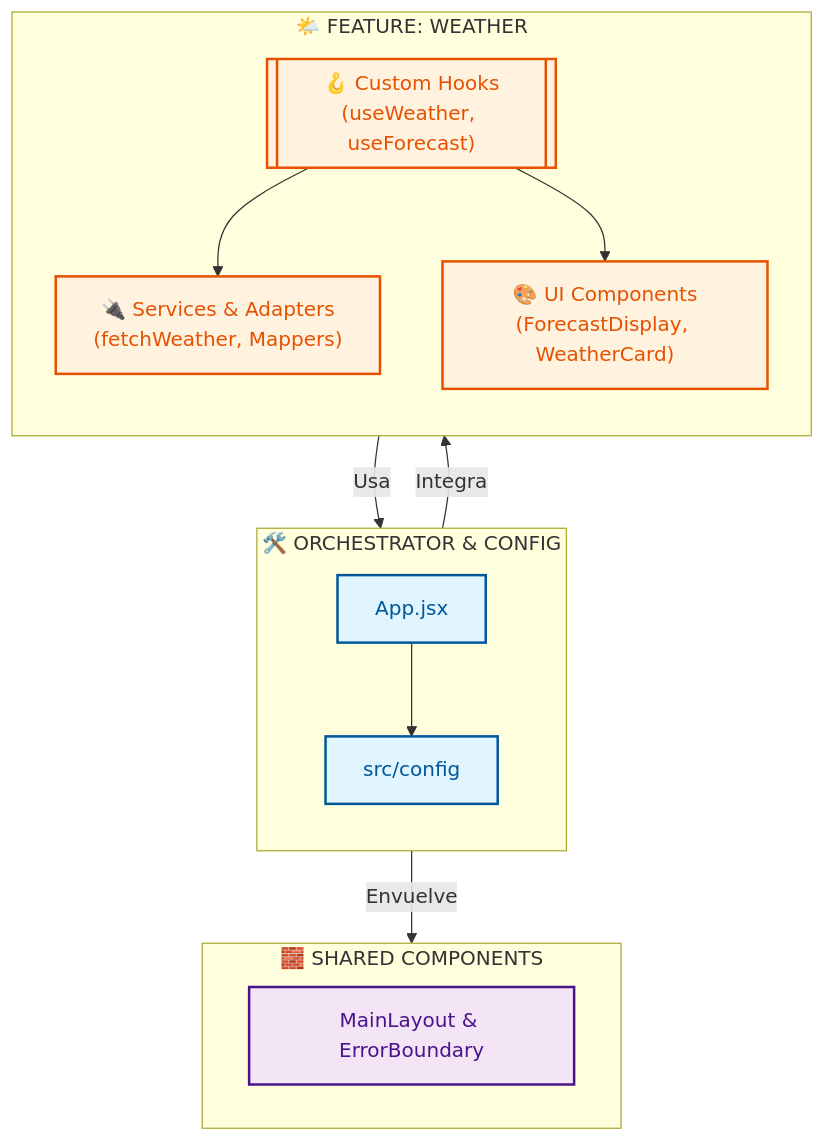
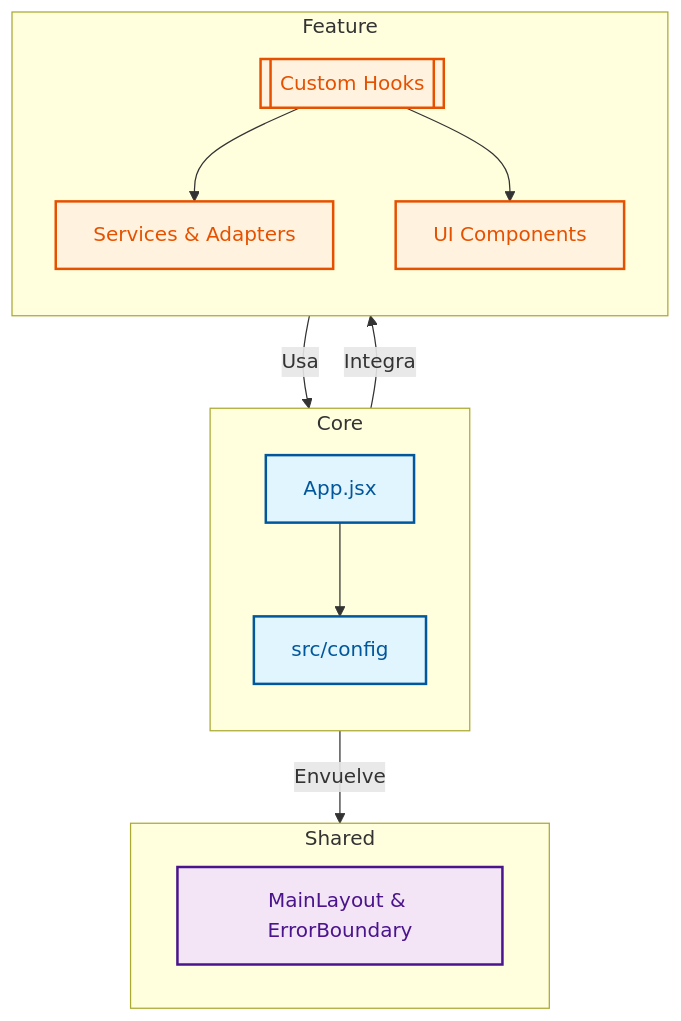
Before and after one commit to Slinkter/myprojectapi08: the second of 4 diagrams in src/docs/DOCUMENTACION_SOFTWARE.md, drawn with Mermaid. The commit also changed other lines of this file, not shown here.

````diff
--- a/src/docs/DOCUMENTACION_SOFTWARE.md
+++ b/src/docs/DOCUMENTACION_SOFTWARE.md
@@ -96,32 +96,32 @@
 ```mermaid
 flowchart TD
     %% Estilos
     classDef core fill:#e1f5fe,stroke:#01579b,stroke-width:2px,color:#01579b;
     classDef feature fill:#fff3e0,stroke:#e65100,stroke-width:2px,color:#e65100;
     classDef shared fill:#f3e5f5,stroke:#4a148c,stroke-width:2px,color:#4a148c;
 
-    subgraph Core ["🛠️ ORCHESTRATOR & CONFIG"]
+    subgraph Core
         direction TB
         App[App.jsx]:::core
         Config[src/config]:::core
         App --> Config
     end
 
-    subgraph Feature ["🌤️ FEATURE: WEATHER"]
+    subgraph Feature
         direction TB
-        Hooks[["🪝 Custom Hooks<br>(useWeather, useForecast)"]]:::feature
-        Services["🔌 Services & Adapters<br>(fetchWeather, Mappers)"]:::feature
-        UI["🎨 UI Components<br>(ForecastDisplay, WeatherCard)"]:::feature
+        Hooks[[Custom Hooks]]:::feature
+        Services[Services & Adapters]:::feature
+        UI[UI Components]:::feature
         
         Hooks --> Services
         Hooks --> UI
     end
 
-    subgraph Shared ["🧱 SHARED COMPONENTS"]
-        Layout["MainLayout & ErrorBoundary"]:::shared
+    subgraph Shared
+        Layout[MainLayout & ErrorBoundary]:::shared
     end
 
     App -->|Integra| Feature
     App -->|Envuelve| Shared
     Services -->|Usa| Config
 ```
````
